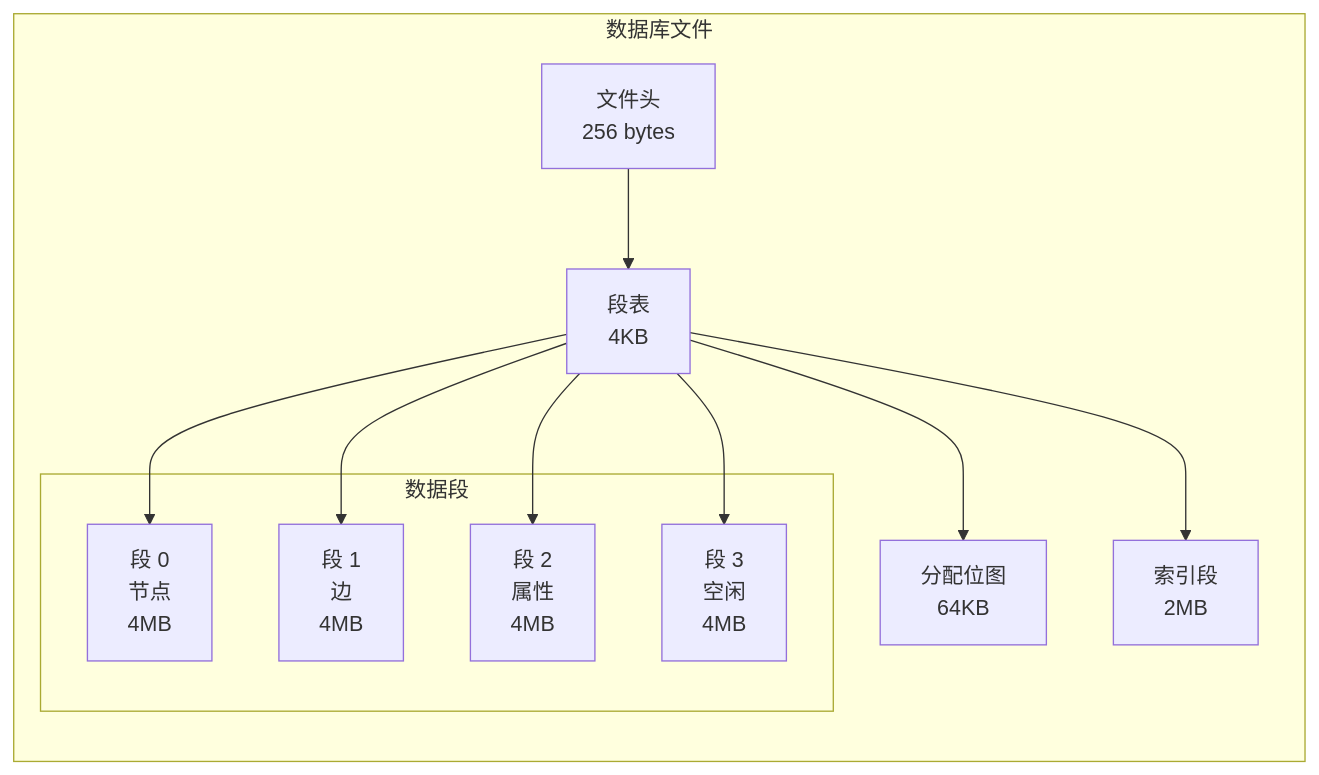
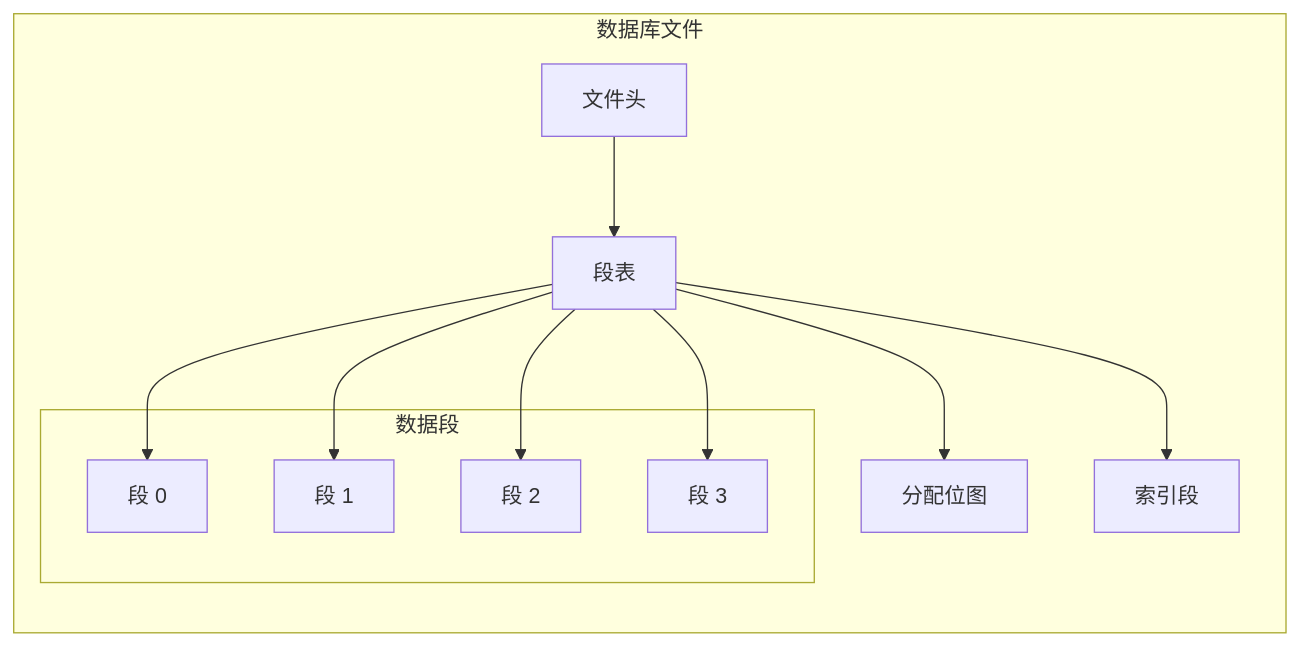
Before and after one commit to nexepic/zyx: the first of 13 diagrams in docs/zh/architecture/storage.md, drawn with Mermaid. The commit also changed other lines of this file and 21 other files, not shown here.

First line of the commit message:
fix: resolve Mermaid diagram display issues in VitePress

````diff
--- a/docs/zh/architecture/storage.md
+++ b/docs/zh/architecture/storage.md
@@ -11,26 +11,26 @@
 ```mermaid
 graph TB
     subgraph DB["数据库文件"]
         direction TB
-        FH["文件头<br/>256 bytes"]
-        ST["段表<br/>4KB"]
+        FH["文件头"]
+        ST["段表"]
 
         subgraph Segs["数据段"]
-            S1["段 0<br/>节点<br/>4MB"]
-            S2["段 1<br/>边<br/>4MB"]
-            S3["段 2<br/>属性<br/>4MB"]
-            S4["段 3<br/>空闲<br/>4MB"]
+            S1["段 0"]
+            S2["段 1"]
+            S3["段 2"]
+            S4["段 3"]
         end
 
-        BM["分配位图<br/>64KB"]
-        IDX["索引段<br/>2MB"]
+        BM["分配位图"]
+        IDX["索引段"]
 
         FH --> ST
         ST --> S1
         ST --> S2
         ST --> S3
         ST --> S4
         ST --> BM
         ST --> IDX
     end
 ```
````
